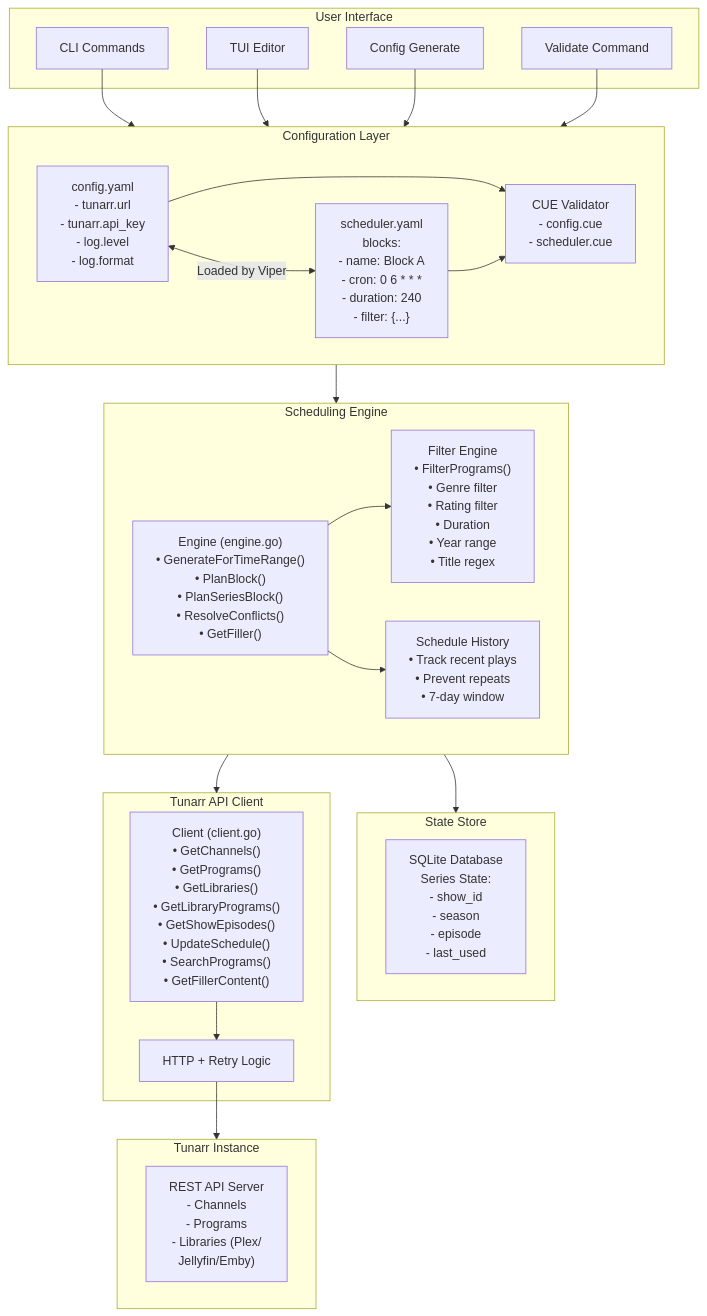
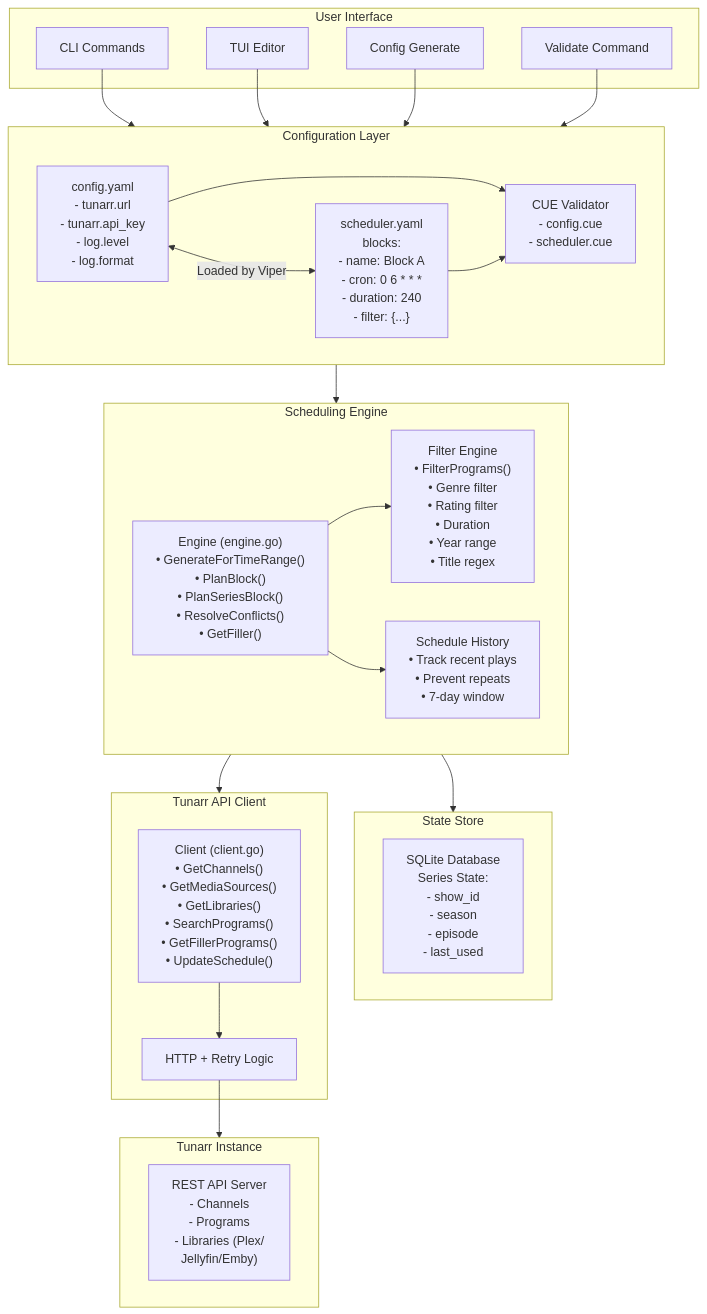
Before and after one commit to christopherime/schedularr: the diagram in docs/ARCHITECTURE.md, drawn with Mermaid. The commit also changed other lines of this file and 45 other files, not shown here.

````diff
--- a/docs/ARCHITECTURE.md
+++ b/docs/ARCHITECTURE.md
@@ -20,53 +20,53 @@
 ```mermaid
 graph TB
   subgraph UI["User Interface"]
     CLI["CLI Commands"]
     TUI["TUI Editor"]
     ConfigGen["Config Generate"]
     Validate["Validate Command"]
   end
 
   subgraph ConfigLayer["Configuration Layer"]
     ConfigYAML["config.yaml<br/>- tunarr.url<br/>- tunarr.api_key<br/>- log.level<br/>- log.format"]
     SchedulerYAML["scheduler.yaml<br/>blocks:<br/>- name: Block A<br/>- cron: 0 6 * * *<br/>- duration: 240<br/>- filter: {...}"]
     CUEValidator["CUE Validator<br/>- config.cue<br/>- scheduler.cue"]
 
     ConfigYAML <-->|"Loaded by Viper"| SchedulerYAML
     ConfigYAML --> CUEValidator
     SchedulerYAML --> CUEValidator
   end
 
   subgraph Engine["Scheduling Engine"]
     EngineCore["Engine (engine.go)<br/>• GenerateForTimeRange()<br/>• PlanBlock()<br/>• PlanSeriesBlock()<br/>• ResolveConflicts()<br/>• GetFiller()"]
     FilterEngine["Filter Engine<br/>• FilterPrograms()<br/>• Genre filter<br/>• Rating filter<br/>• Duration<br/>• Year range<br/>• Title regex"]
     History["Schedule History<br/>• Track recent plays<br/>• Prevent repeats<br/>• 7-day window"]
 
     EngineCore --> FilterEngine
     EngineCore --> History
   end
 
   subgraph StateStore["State Store"]
     SQLite["SQLite Database<br/>Series State:<br/>- show_id<br/>- season<br/>- episode<br/>- last_used"]
   end
 
   subgraph TunarrClient["Tunarr API Client"]
-    Client["Client (client.go)<br/>• GetChannels()<br/>• GetPrograms()<br/>• GetLibraries()<br/>• GetLibraryPrograms()<br/>• GetShowEpisodes()<br/>• UpdateSchedule()<br/>• SearchPrograms()<br/>• GetFillerContent()"]
+    Client["Client (client.go)<br/>• GetChannels()<br/>• GetMediaSources()<br/>• GetLibraries()<br/>• SearchPrograms()<br/>• GetFillerPrograms()<br/>• UpdateSchedule()"]
     HTTP["HTTP + Retry Logic"]
 
     Client --> HTTP
   end
 
   subgraph Tunarr["Tunarr Instance"]
     TunarrAPI["REST API Server<br/>- Channels<br/>- Programs<br/>- Libraries (Plex/<br/>  Jellyfin/Emby)"]
   end
 
   CLI --> ConfigLayer
   TUI --> ConfigLayer
   ConfigGen --> ConfigLayer
   Validate --> ConfigLayer
 
   ConfigLayer --> Engine
   Engine --> StateStore
   Engine --> TunarrClient
   HTTP --> Tunarr
 ```
````
